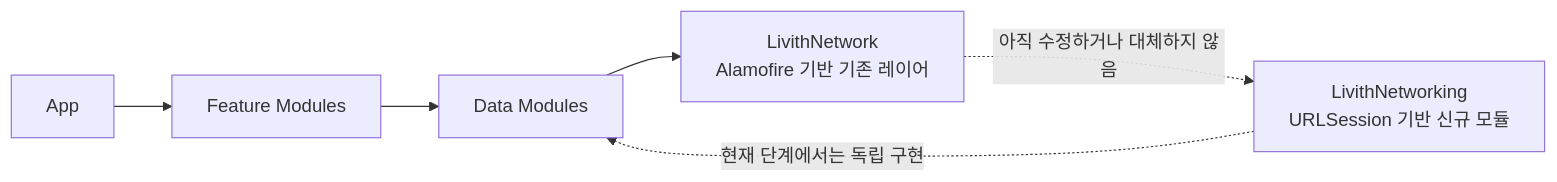
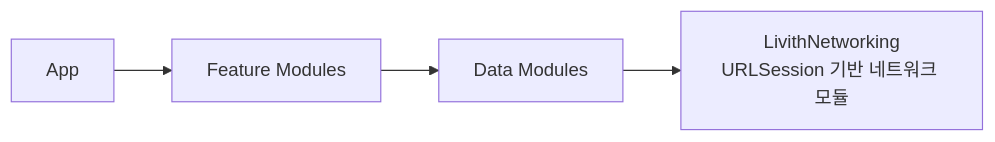
One commit to mediunn/Livith-iOS changed the second of 8 diagrams in Projects/LivithNetworking/README.md. Above: the diagram before and after it, drawn with Mermaid. The commit also changed other lines of this file and 7 other files, not shown here.

````diff
--- a/Projects/LivithNetworking/README.md
+++ b/Projects/LivithNetworking/README.md
@@ -38,15 +33,11 @@
 ```mermaid
 flowchart LR
     App[App]
     Feature[Feature Modules]
     Data[Data Modules]
-    Legacy[LivithNetwork<br/>Alamofire 기반 기존 레이어]
-    New[LivithNetworking<br/>URLSession 기반 신규 모듈]
+    Net["LivithNetworking<br/>URLSession 기반 네트워크 모듈"]
 
     App --> Feature
     Feature --> Data
-    Data --> Legacy
-
-    New -.->|현재 단계에서는 독립 구현| Data
-    Legacy -.->|아직 수정하거나 대체하지 않음| New
+    Data --> Net
 ```
````
